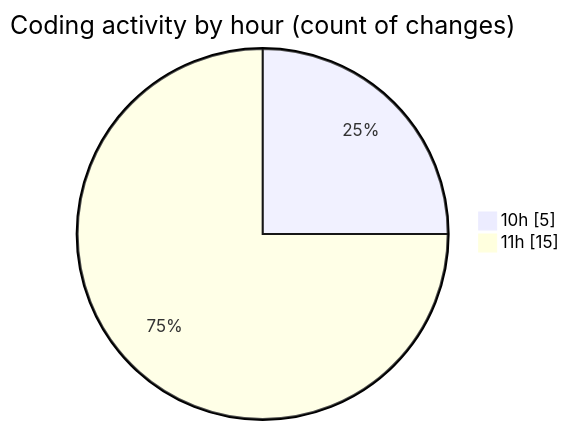
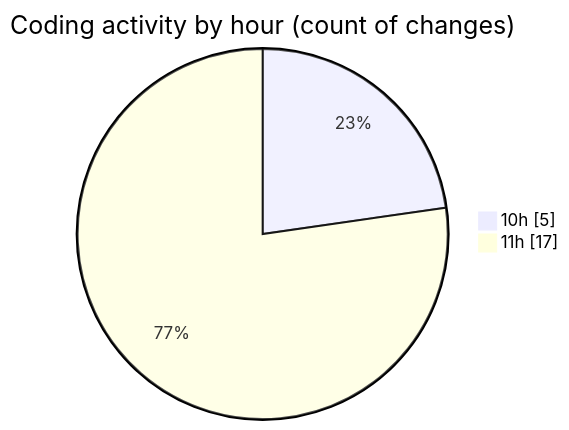
The second of 2 diagrams in 2025-05-05/ecodeli/README.md (CELIANVF/code-tracking), drawn with Mermaid before and after one commit. The commit also changed other lines of this file and 1 other file, not shown here.

````diff
--- a/2025-05-05/ecodeli/README.md
+++ b/2025-05-05/ecodeli/README.md
@@ -39,6 +40,6 @@
 ```mermaid
 pie showData
 title Coding activity by hour (count of changes)
 "10h" : 5
-"11h" : 15
+"11h" : 17
 ```
````
